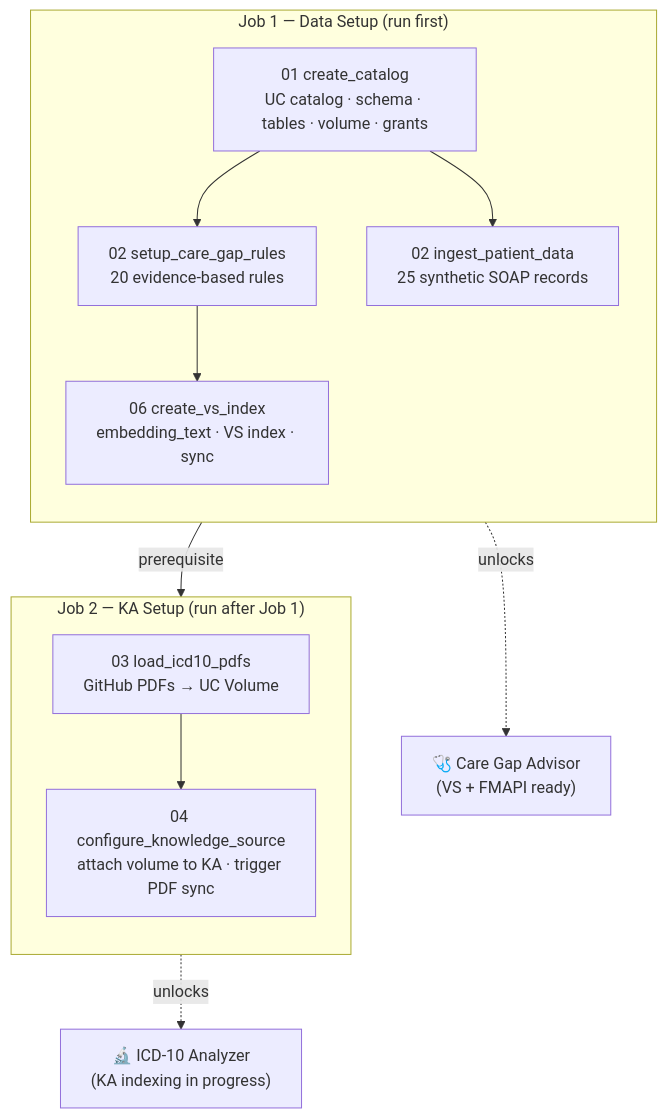
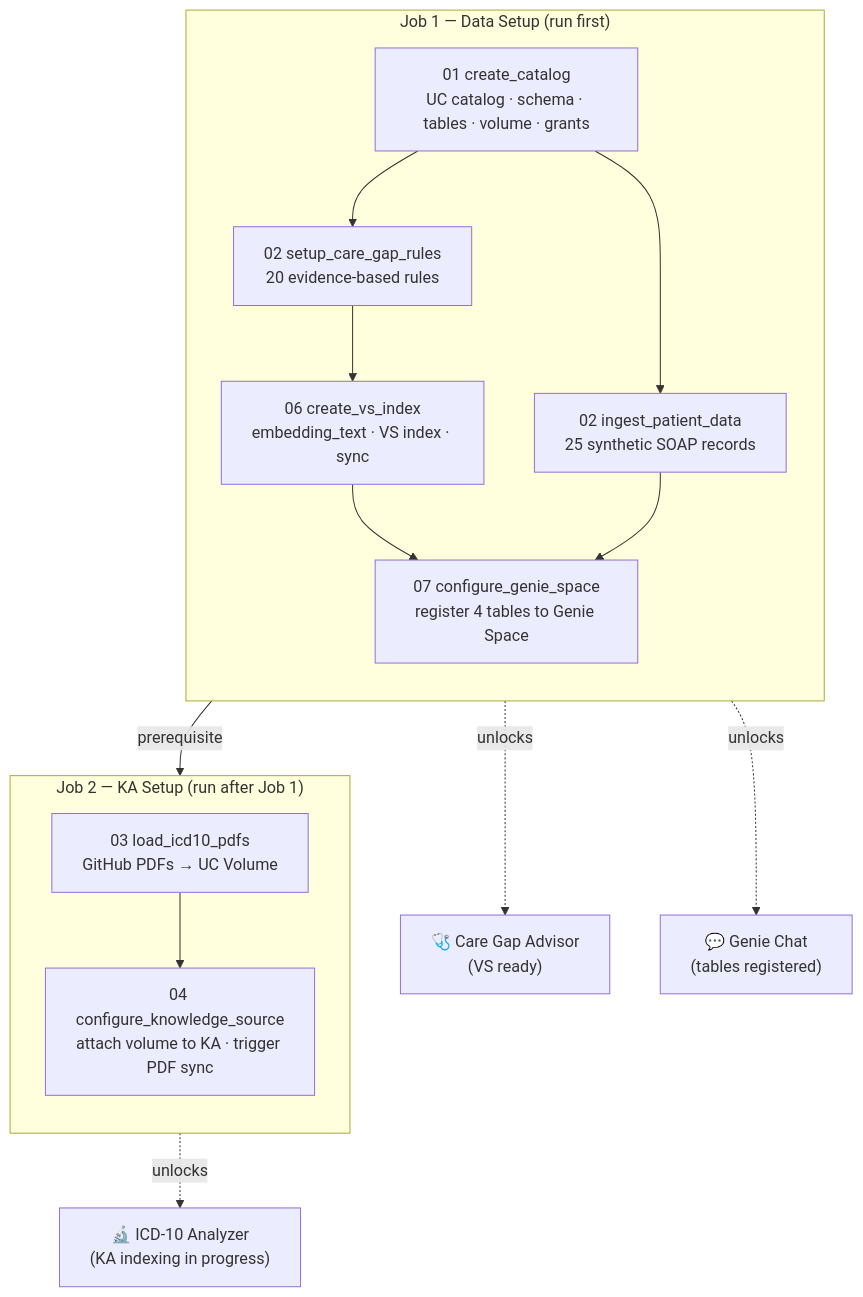
Before and after one commit to kuldeep-in/icd10-gapanalysis-demo: the second of 2 diagrams in INSTALLATION.md, drawn with Mermaid. The commit also changed other lines of this file and 5 other files, not shown here.

````diff
--- a/INSTALLATION.md
+++ b/INSTALLATION.md
@@ -252,24 +309,27 @@
 ```mermaid
 flowchart TB
     subgraph J1["Job 1 — Data Setup  (run first)"]
         direction TB
         T1["01 create_catalog\nUC catalog · schema · tables · volume · grants"]
         T2["02 setup_care_gap_rules\n20 evidence-based rules"]
         T3["02 ingest_patient_data\n25 synthetic SOAP records"]
         T4["06 create_vs_index\nembedding_text · VS index · sync"]
+        T5["07 configure_genie_space\nregister 4 tables to Genie Space"]
         T1 --> T2 & T3
         T2 --> T4
+        T4 & T3 --> T5
     end
 
     subgraph J2["Job 2 — KA Setup  (run after Job 1)"]
         direction TB
-        T5["03 load_icd10_pdfs\nGitHub PDFs → UC Volume"]
-        T6["04 configure_knowledge_source\nattach volume to KA · trigger PDF sync"]
-        T5 --> T6
+        T6["03 load_icd10_pdfs\nGitHub PDFs → UC Volume"]
+        T7["04 configure_knowledge_source\nattach volume to KA · trigger PDF sync"]
+        T6 --> T7
     end
 
     J1 -->|"prerequisite"| J2
 
-    J1 -.->|"unlocks"| CGA["🩺 Care Gap Advisor\n(VS + FMAPI ready)"]
+    J1 -.->|"unlocks"| CGA["🩺 Care Gap Advisor\n(VS ready)"]
+    J1 -.->|"unlocks"| GEN["💬 Genie Chat\n(tables registered)"]
     J2 -.->|"unlocks"| ICD["🔬 ICD-10 Analyzer\n(KA indexing in progress)"]
 ```
````
